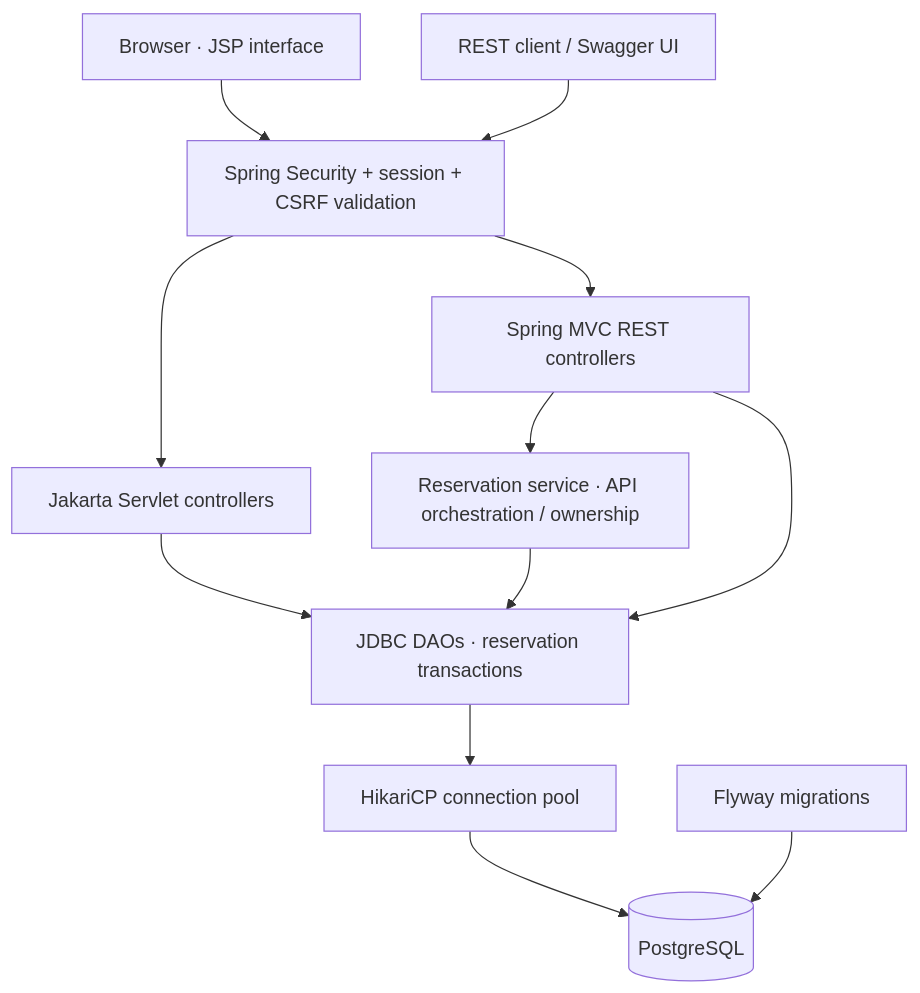
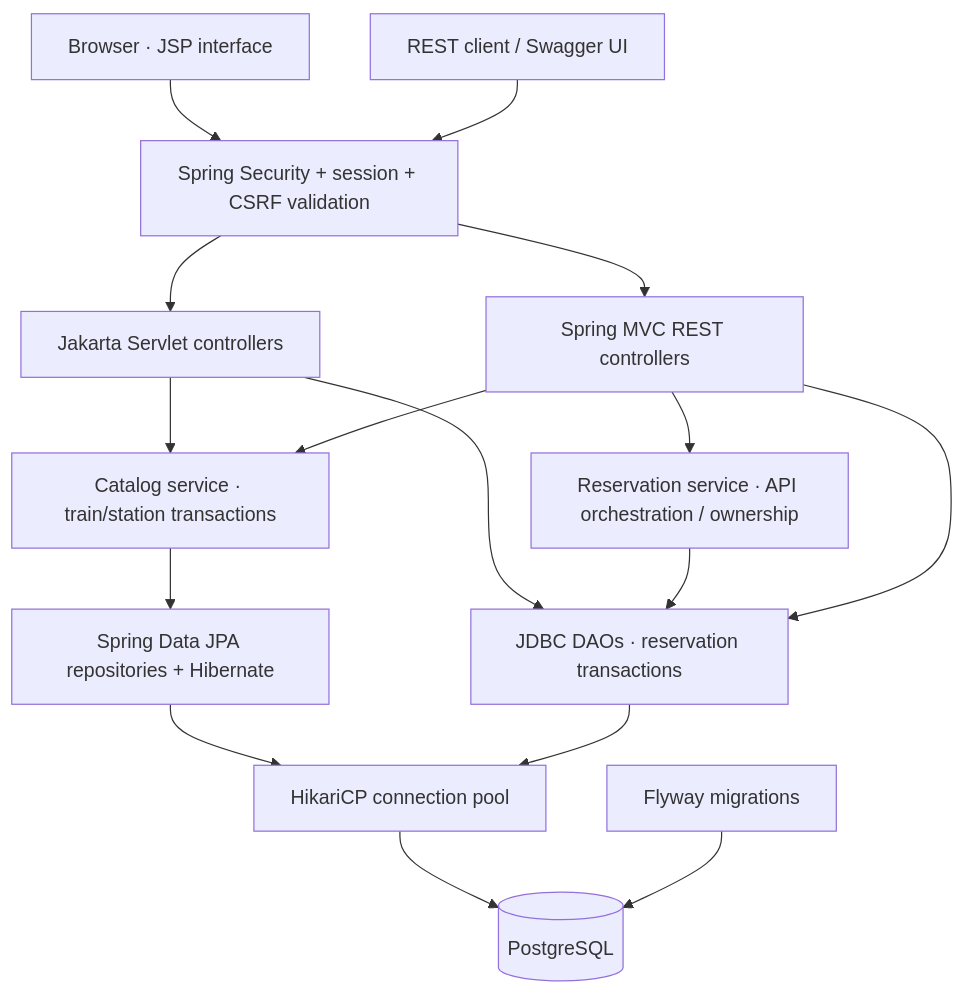
One commit to ShambhaviSingh16/Online-Reservation-Portal changed the diagram in README.md. Above: the diagram before and after it, drawn with Mermaid. The commit also changed other lines of this file and 18 other files, not shown here.

Commit message:
Spring Data JPA

````diff
--- a/README.md
+++ b/README.md
@@ -124,14 +124,18 @@
 ```mermaid
 flowchart TB
     Browser["Browser · JSP interface"] --> Security["Spring Security + session + CSRF validation"]
     Client["REST client / Swagger UI"] --> Security
     Security --> Web["Jakarta Servlet controllers"]
     Security --> API["Spring MVC REST controllers"]
     Web --> DAO["JDBC DAOs · reservation transactions"]
     API --> Service["Reservation service · API orchestration / ownership"]
     Service --> DAO
     API --> DAO
+    Web --> Catalog["Catalog service · train/station transactions"]
+    API --> Catalog
+    Catalog --> Repositories["Spring Data JPA repositories + Hibernate"]
+    Repositories --> Pool
     DAO --> Pool["HikariCP connection pool"]
     Pool --> DB[("PostgreSQL")]
     Flyway["Flyway migrations"] --> DB
 ```
````
